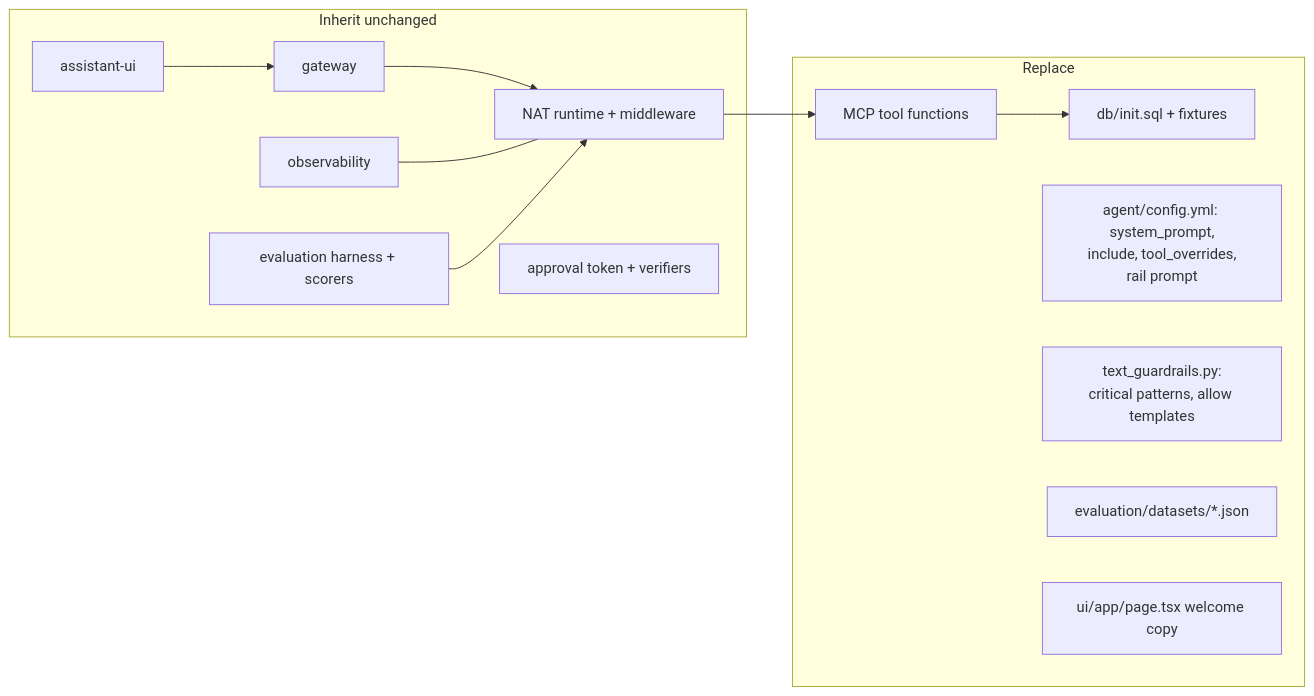
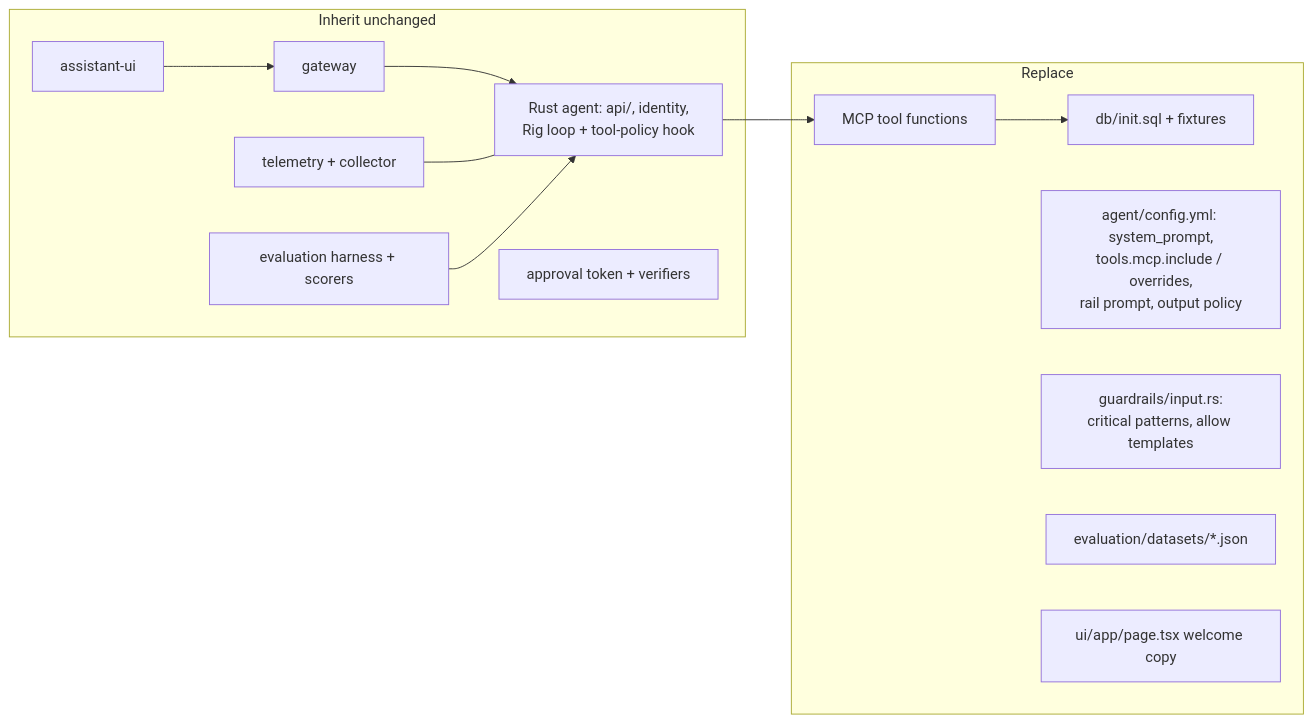
Before and after one commit to cognokratos/simple-agent-template: the diagram in docs/tutorials/10-build-your-own-domain-agent.md, drawn with Mermaid. The commit also changed other lines of this file and 150 other files, not shown here.

First line of the commit message:
Promote the Rig + Rust agent to main and rewrite the curriculum around it (#12)

````diff
--- a/docs/tutorials/10-build-your-own-domain-agent.md
+++ b/docs/tutorials/10-build-your-own-domain-agent.md
@@ -18,19 +18,19 @@
 ```mermaid
 flowchart LR
     subgraph INFRA [Inherit unchanged]
         UI[assistant-ui] --> GW[gateway]
-        GW --> NAT[NAT runtime + middleware]
-        OBS[observability] --- NAT
-        EVH[evaluation harness + scorers] --> NAT
+        GW --> AG["Rust agent: api/, identity,<br/>Rig loop + tool-policy hook"]
+        OBS[telemetry + collector] --- AG
+        EVH[evaluation harness + scorers] --> AG
         APP[approval token + verifiers]
     end
     subgraph DOMAIN [Replace]
         SCHEMA[db/init.sql + fixtures]
         TOOLS[MCP tool functions]
-        CFG["agent/config.yml: system_prompt,<br/>include, tool_overrides,<br/>rail prompt"]
-        PATTERNS["text_guardrails.py:<br/>critical patterns, allow templates"]
+        CFG["agent/config.yml: system_prompt,<br/>tools.mcp.include / overrides,<br/>rail prompt, output policy"]
+        PATTERNS["guardrails/input.rs:<br/>critical patterns, allow templates"]
         DATA[evaluation/datasets/*.json]
         COPY[ui/app/page.tsx welcome copy]
     end
-    NAT --> TOOLS --> SCHEMA
+    AG --> TOOLS --> SCHEMA
 ```
````
